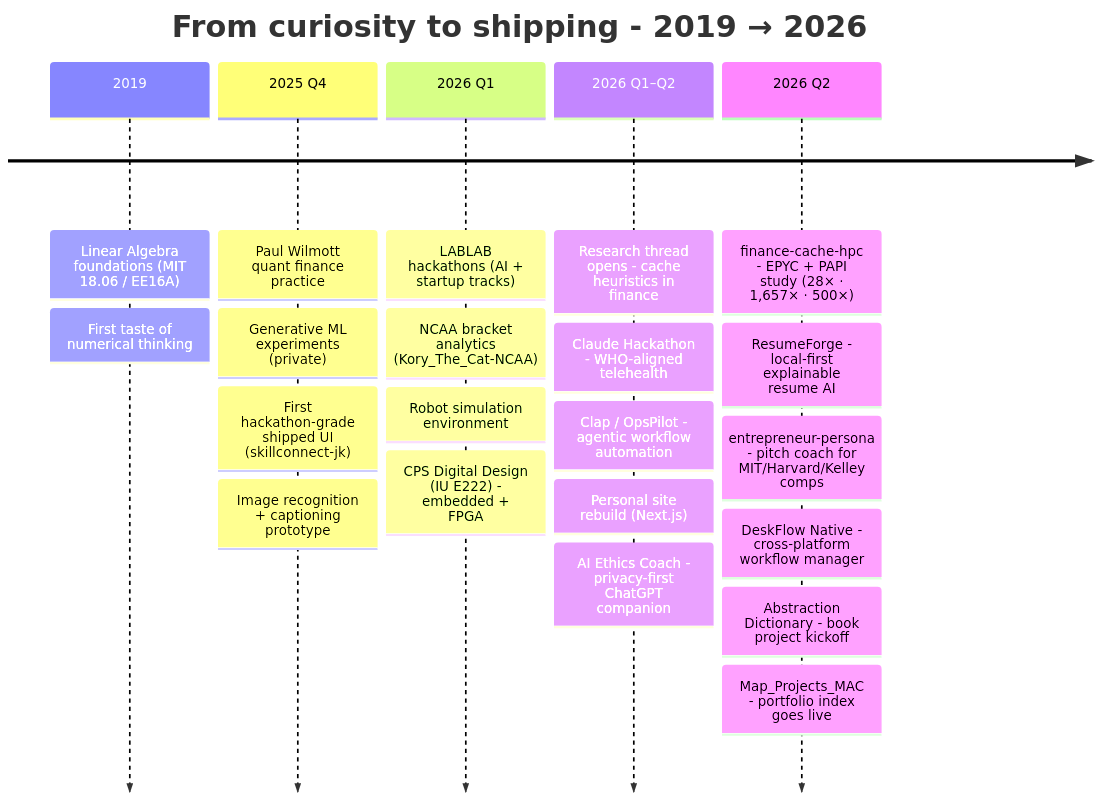
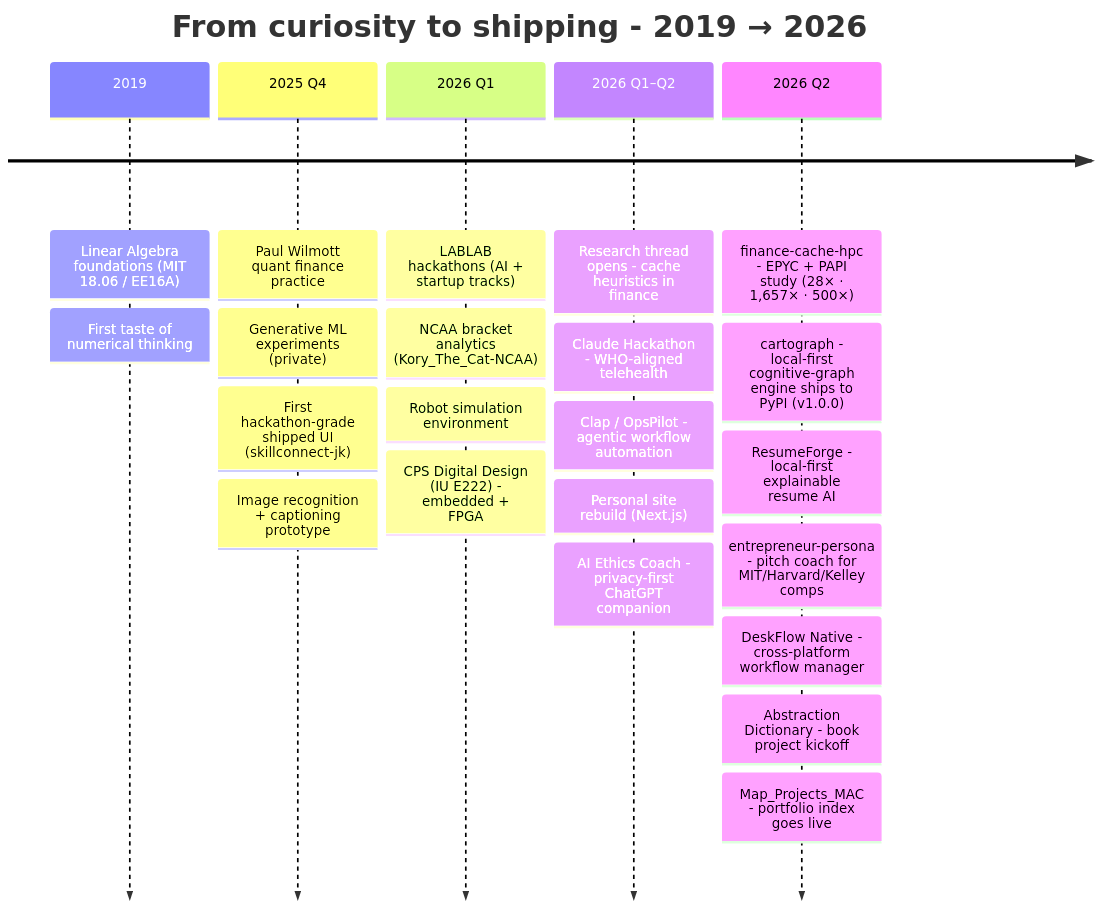
One commit to pbathuri/pbathuri changed the diagram in README.md. Above: the diagram before and after it, drawn with Mermaid. The commit also changed other lines of this file and 1 other file, not shown here.

````diff
--- a/README.md
+++ b/README.md
@@ -99,25 +99,26 @@
 ```mermaid
 timeline
     title From curiosity to shipping - 2019 → 2026
     2019 : Linear Algebra foundations (MIT 18.06 / EE16A)
          : First taste of numerical thinking
     2025 Q4 : Paul Wilmott quant finance practice
             : Generative ML experiments (private)
             : First hackathon-grade shipped UI (skillconnect-jk)
             : Image recognition + captioning prototype
     2026 Q1 : LABLAB hackathons (AI + startup tracks)
             : NCAA bracket analytics (Kory_The_Cat-NCAA)
             : Robot simulation environment
             : CPS Digital Design (IU E222) - embedded + FPGA
     2026 Q1–Q2 : Research thread opens - cache heuristics in finance
                : Claude Hackathon - WHO-aligned telehealth
                : Clap / OpsPilot - agentic workflow automation
                : Personal site rebuild (Next.js)
                : AI Ethics Coach - privacy-first ChatGPT companion
     2026 Q2 : finance-cache-hpc - EPYC + PAPI study (28× · 1,657× · 500×)
+            : cartograph - local-first cognitive-graph engine ships to PyPI (v1.0.0)
             : ResumeForge - local-first explainable resume AI
             : entrepreneur-persona - pitch coach for MIT/Harvard/Kelley comps
             : DeskFlow Native - cross-platform workflow manager
             : Abstraction Dictionary - book project kickoff
             : Map_Projects_MAC - portfolio index goes live
 ```
````
